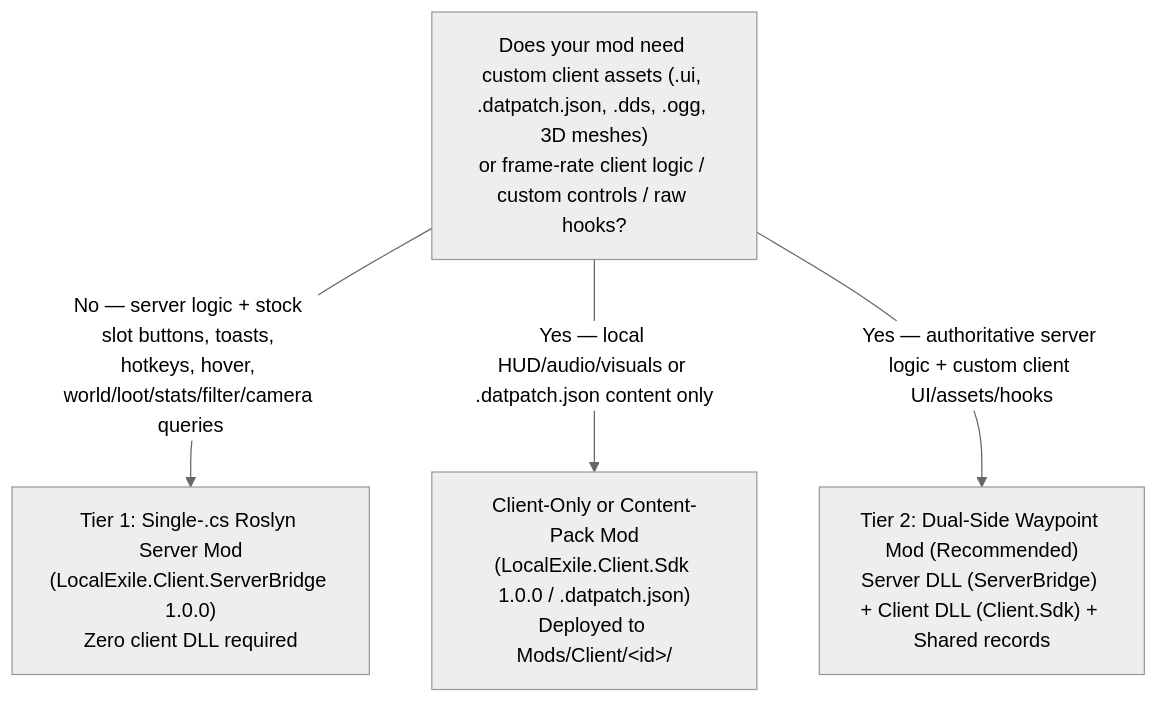
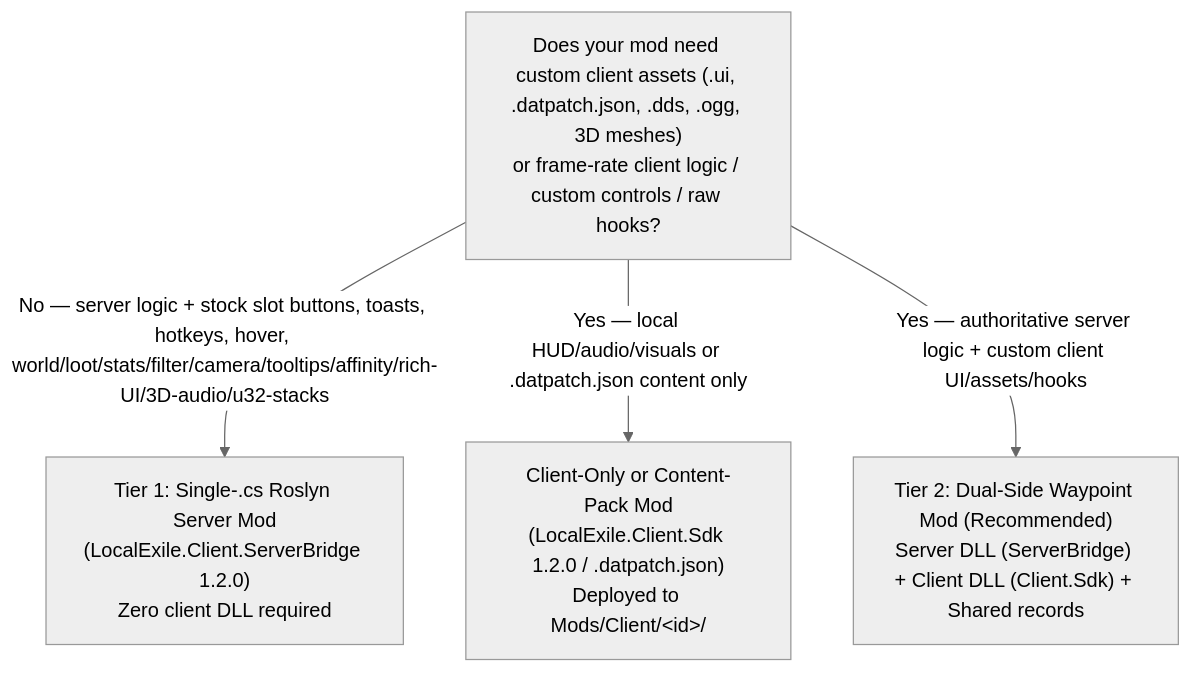
One commit to mrnamwen/LocalExile-NativeMods changed the diagram in docs/guides/getting-started.md. Above: the diagram before and after it, drawn with Mermaid (neutral theme). The commit also changed other lines of this file and 30 other files, not shown here.

Commit message:
docs(phase5): sync 22 appendable schemas, refresh 1.2.0 API/Wiki docs, and add .codexmind handoff

````diff
--- a/docs/guides/getting-started.md
+++ b/docs/guides/getting-started.md
@@ -40,7 +40,7 @@
 ```mermaid
 flowchart TD
     Q1["Does your mod need custom client assets (.ui, .datpatch.json, .dds, .ogg, 3D meshes)<br/>or frame-rate client logic / custom controls / raw hooks?"]
-    Q1 -->|"No — server logic + stock slot buttons, toasts, hotkeys, hover, world/loot/stats/filter/camera queries"| T1["Tier 1: Single-.cs Roslyn Server Mod<br/>(LocalExile.Client.ServerBridge 1.0.0)<br/>Zero client DLL required"]
-    Q1 -->|"Yes — local HUD/audio/visuals or .datpatch.json content only"| CO["Client-Only or Content-Pack Mod<br/>(LocalExile.Client.Sdk 1.0.0 / .datpatch.json)<br/>Deployed to Mods/Client/&lt;id&gt;/"]
+    Q1 -->|"No — server logic + stock slot buttons, toasts, hotkeys, hover, world/loot/stats/filter/camera/tooltips/affinity/rich-UI/3D-audio/u32-stacks"| T1["Tier 1: Single-.cs Roslyn Server Mod<br/>(LocalExile.Client.ServerBridge 1.2.0)<br/>Zero client DLL required"]
+    Q1 -->|"Yes — local HUD/audio/visuals or .datpatch.json content only"| CO["Client-Only or Content-Pack Mod<br/>(LocalExile.Client.Sdk 1.2.0 / .datpatch.json)<br/>Deployed to Mods/Client/&lt;id&gt;/"]
     Q1 -->|"Yes — authoritative server logic + custom client UI/assets/hooks"| T2["Tier 2: Dual-Side Waypoint Mod (Recommended)<br/>Server DLL (ServerBridge) + Client DLL (Client.Sdk) + Shared records"]
 ```
````
